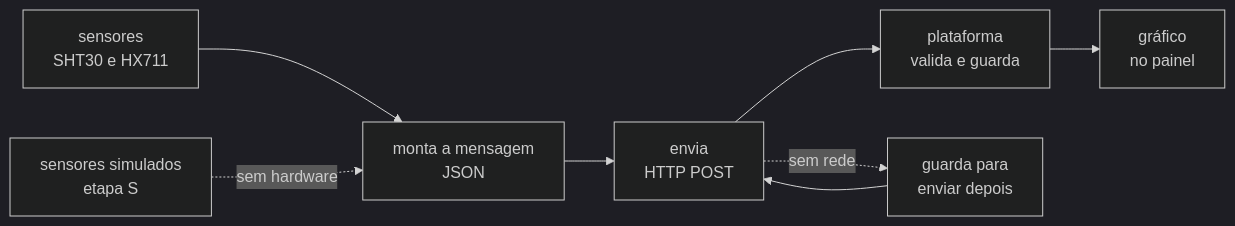
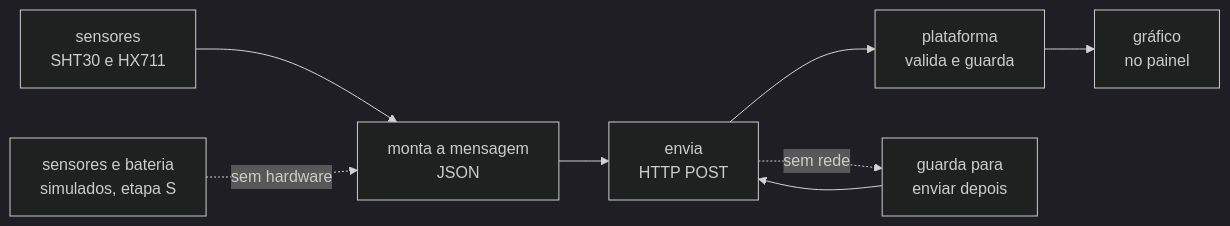
The diagram in firmware/ROTEIRO.md (lacouth/meliponet), drawn with Mermaid (dark theme) before and after one commit. The commit also changed other lines of this file and 4 other files, not shown here.

First line of the commit message:
docs: a etapa S simula tambem a bateria

````diff
--- a/firmware/ROTEIRO.md
+++ b/firmware/ROTEIRO.md
@@ -20,10 +20,10 @@
 ```mermaid
 flowchart LR
     S[sensores<br/>SHT30 e HX711] --> M[monta a mensagem<br/>JSON]
-    F[sensores simulados<br/>etapa S] -. sem hardware .-> M
+    F[sensores e bateria<br/>simulados, etapa S] -. sem hardware .-> M
     M --> E[envia<br/>HTTP POST]
     E --> P[plataforma<br/>valida e guarda]
     P --> G[gráfico<br/>no painel]
     E -. sem rede .-> B[guarda para<br/>enviar depois]
     B --> E
 ```
````
